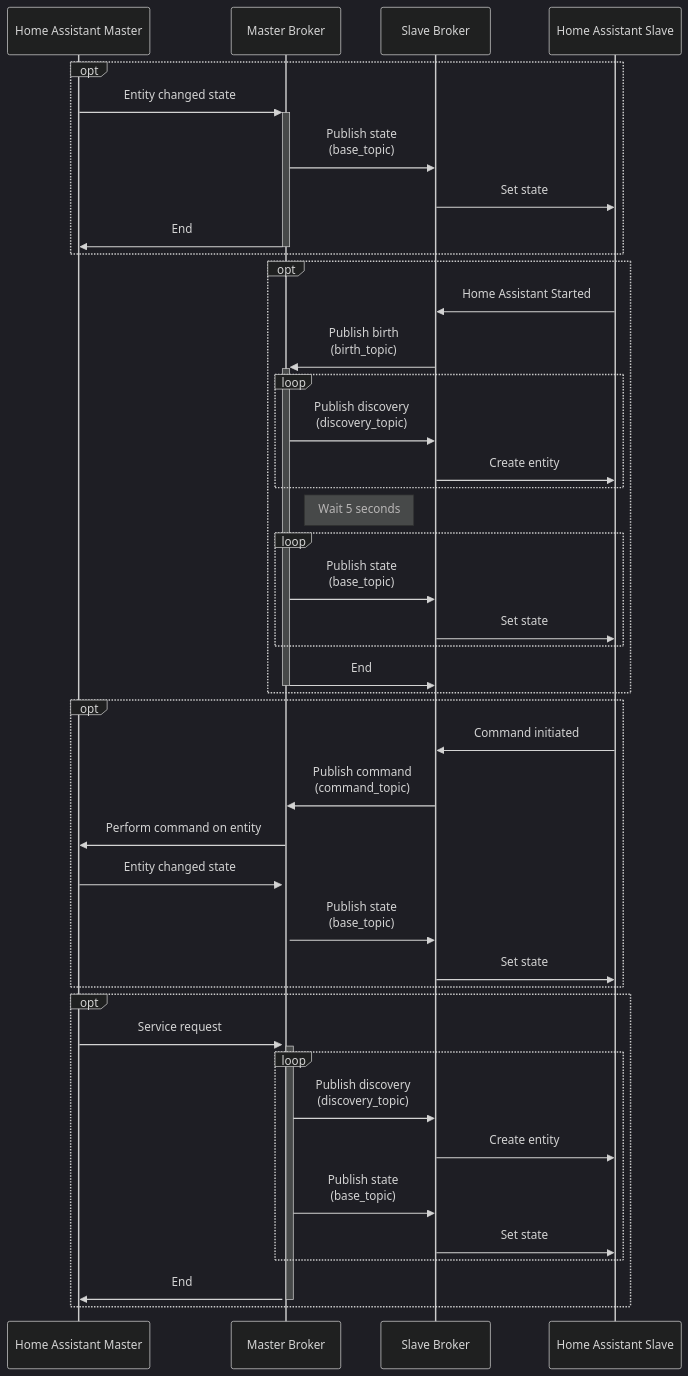
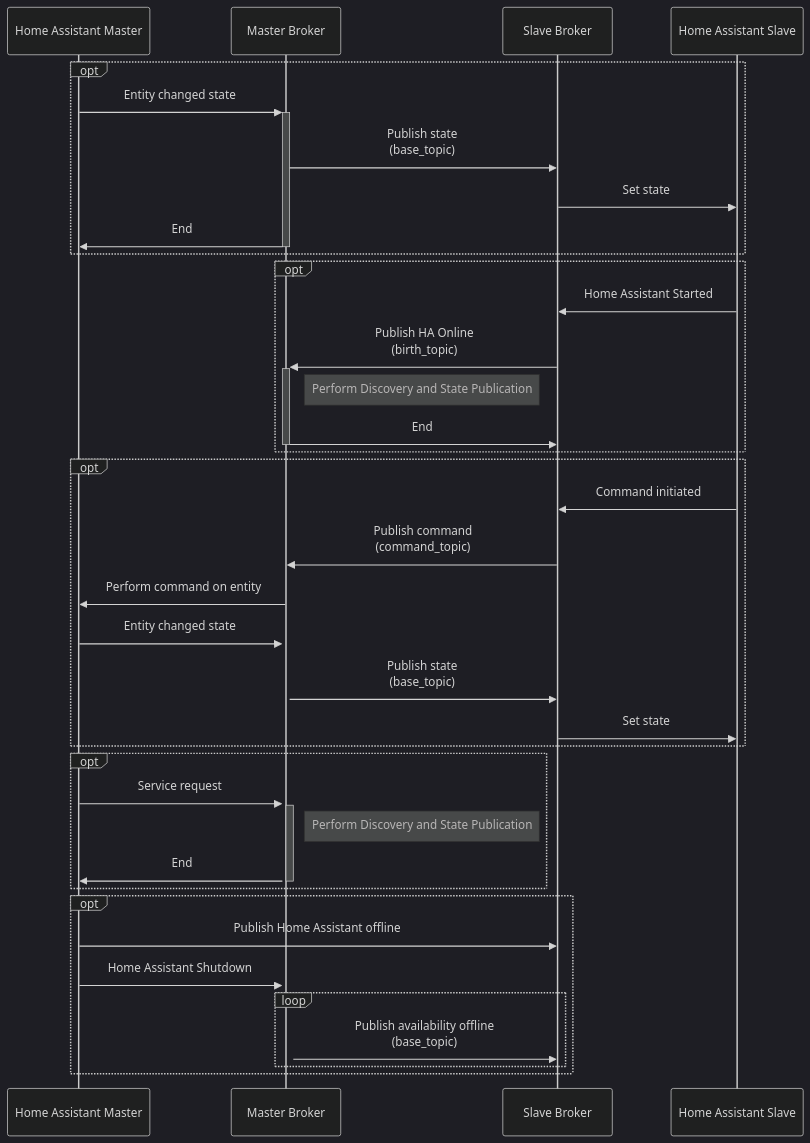
Before and after one commit to RogerSelwyn/mqtt_discoverystream_ha: the second of 3 diagrams in README.md, drawn with Mermaid (dark theme). The commit also changed other lines of this file, not shown here.

````diff
--- a/README.md
+++ b/README.md
@@ -158,47 +155,40 @@
 ```mermaid
 sequenceDiagram
 participant H as Home Assistant Master
 participant M as Master Broker
 participant S as Slave Broker
 participant R as Home Assistant Slave
 opt
   H->>+M: Entity changed state
   M->>S: Publish state<br/>(base_topic)
   S->>R: Set state
   M->>-H: End
 end
 
 opt
   R->>S: Home Assistant Started
-  S->>+M: Publish birth<br/>(birth_topic)
-  loop 
-    M->>S: Publish discovery<br/>(discovery_topic)
-    S->>R: Create entity
-  end
-note right of M: Wait 5 seconds
-  loop 
-    M->>S: Publish state<br/>(base_topic)
-    S->>R: Set state
-  end
+  S->>+M: Publish HA Online<br/>(birth_topic)
+note right of M: Perform Discovery and State Publication
   M->>-S: End
 end
 opt
   R->>S: Command initiated
   S->>M: Publish command<br/>(command_topic)
   M->>H: Perform command on entity
   H->>+M: Entity changed state
   M->>S: Publish state<br/>(base_topic)
   S->>R: Set state
 end
-
 opt
   H->>+M: Service request
-  loop
-    M->>S: Publish discovery<br/>(discovery_topic)
-    S->>R: Create entity
-    M->>S: Publish state<br/>(base_topic)
-    S->>R: Set state
-  end
+note right of M: Perform Discovery and State Publication
   M->>-H: End
 end
+opt
+  H->>S: Publish Home Assistant offline
+  H->>+M: Home Assistant Shutdown
+  loop
+    M->>S: Publish availability offline<br/>(base_topic)
+  end
+end
 ```
````
